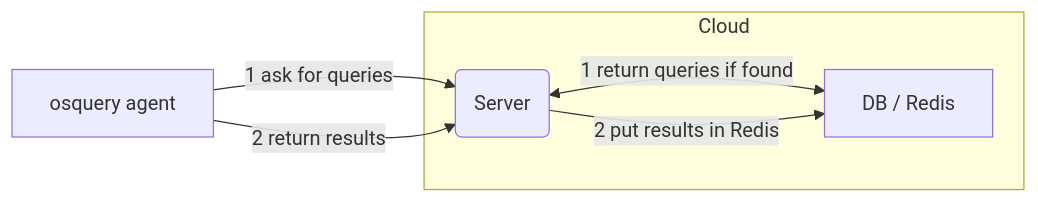
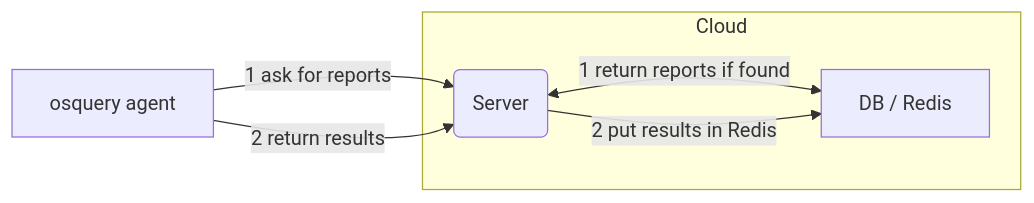
The third of 7 diagrams in docs/Contributing/architecture/high-level-architecture.md (fleetdm/fleet), drawn with Mermaid before and after one commit. The commit also changed other lines of this file and 48 other files, not shown here.

First line of the commit message:
Update reference docs for teams→fleets and queries→reports rename

````diff
--- a/docs/Contributing/architecture/high-level-architecture.md
+++ b/docs/Contributing/architecture/high-level-architecture.md
@@ -132,16 +132,16 @@
 ```mermaid
 graph LR;
     osquery[osquery agent];
 
     subgraph Cloud
         server(Server);
         dbredis[DB / Redis];
     end
 
-    osquery -- 1 ask for queries --> server;
+    osquery -- 1 ask for reports --> server;
     osquery -- 2 return results --> server;
 
-    server <-- 1 return queries if found --> dbredis;
+    server <-- 1 return reports if found --> dbredis;
     server -- 2 put results in Redis --> dbredis;
 
 ```
````
